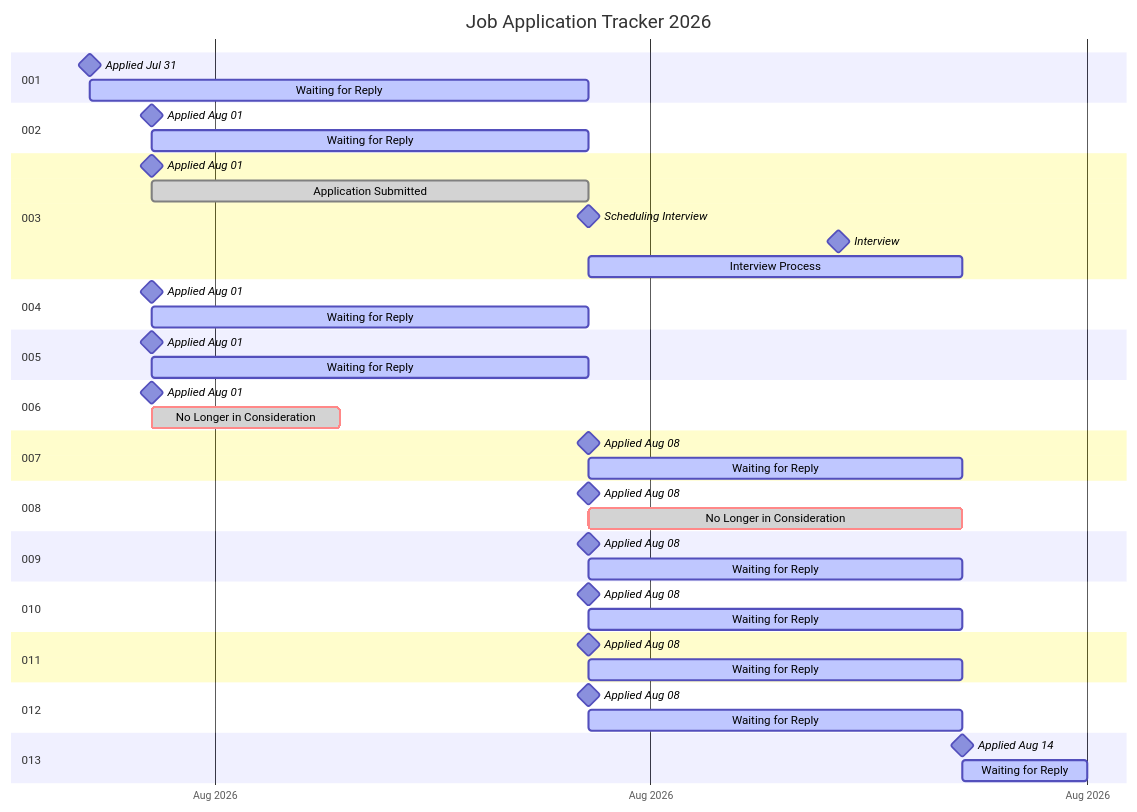
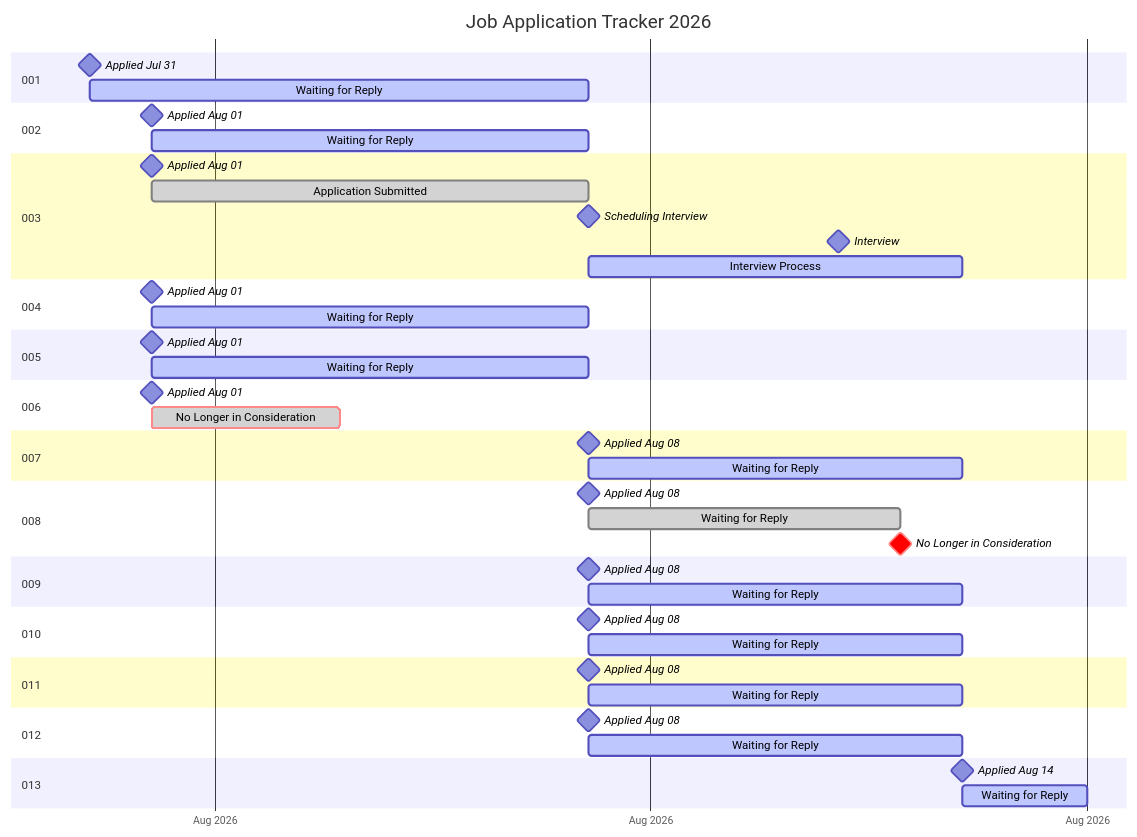
One commit to RileyBeenders/rileybeenders.com changed the diagram in README.md. Above: the diagram before and after it, drawn with Mermaid. The commit also changed other lines of this file, not shown here.

````diff
--- a/README.md
+++ b/README.md
@@ -12,62 +12,63 @@
 ```mermaid
   gantt
     title Job Application Tracker 2026
     dateFormat YYYY-MM-DD
     tickInterval 1week
     axisFormat %b %Y
 
     section 001
     Applied Jul 31                  :milestone, 2026-07-31, 0d
     Waiting for Reply               :active, 2026-07-31, 8d
 
     section 002
     Applied Aug 01                  :milestone, 2026-08-01, 0d
     Waiting for Reply               :active, 2026-08-01, 7d
 
     section 003
     Applied Aug 01                  :milestone, 2026-08-01, 0d
     Application Submitted           :done, 2026-08-01, 7d
     Scheduling Interview            :milestone, 2026-08-08, 0d
     Interview                       :milestone, 2026-08-12, 0d
     Interview Process               :active, 2026-08-08, 6d
 
     section 004
     Applied Aug 01                  :milestone, 2026-08-01, 0d
     Waiting for Reply               :active, 2026-08-01, 7d
 
     section 005
     Applied Aug 01                  :milestone, 2026-08-01, 0d
     Waiting for Reply               :active, 2026-08-01, 7d
 
     section 006
     Applied Aug 01                  :milestone, 2026-08-01, 0d
     No Longer in Consideration      :crit, done, 2026-08-01, 3d
 
     section 007
     Applied Aug 08                  :milestone, 2026-08-08, 0d
     Waiting for Reply               :active, 2026-08-08, 6d
 
     section 008
     Applied Aug 08                  :milestone, 2026-08-08, 0d
-    No Longer in Consideration      :crit, done, 2026-08-08, 6d
+    Waiting for Reply               :done, 2026-08-08, 5d
+    No Longer in Consideration      :crit, milestone, 2026-08-13, 0d
 
     section 009
     Applied Aug 08                  :milestone, 2026-08-08, 0d
     Waiting for Reply               :active, 2026-08-08, 6d
 
     section 010
     Applied Aug 08                  :milestone, 2026-08-08, 0d
     Waiting for Reply               :active, 2026-08-08, 6d
 
     section 011
     Applied Aug 08                  :milestone, 2026-08-08, 0d
     Waiting for Reply               :active, 2026-08-08, 6d
 
     section 012
     Applied Aug 08                  :milestone, 2026-08-08, 0d
     Waiting for Reply               :active, 2026-08-08, 6d
 
     section 013
     Applied Aug 14                  :milestone, 2026-08-14, 0d
     Waiting for Reply               :active, 2026-08-14, 2d
 ```
````
